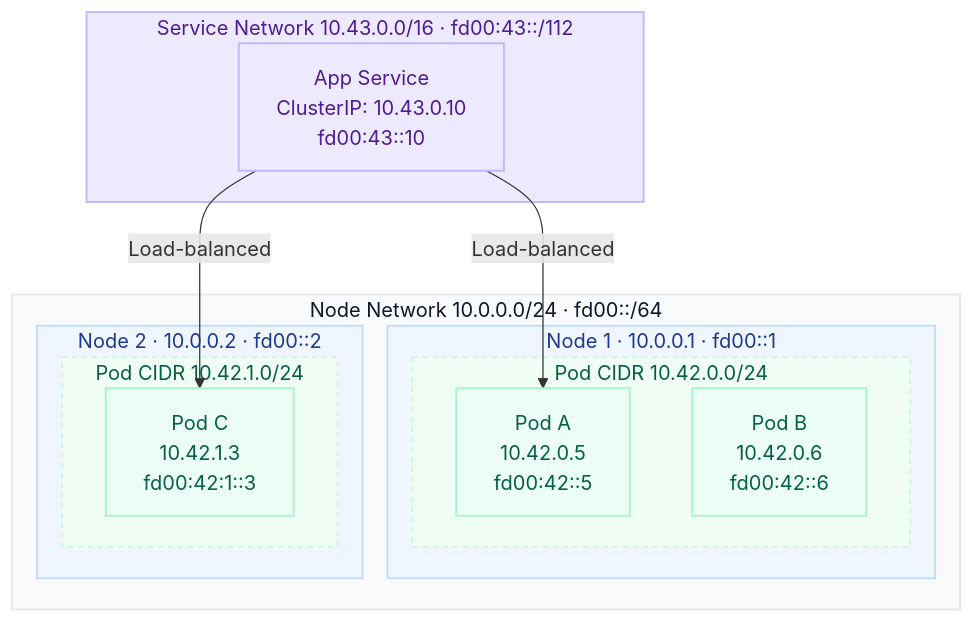
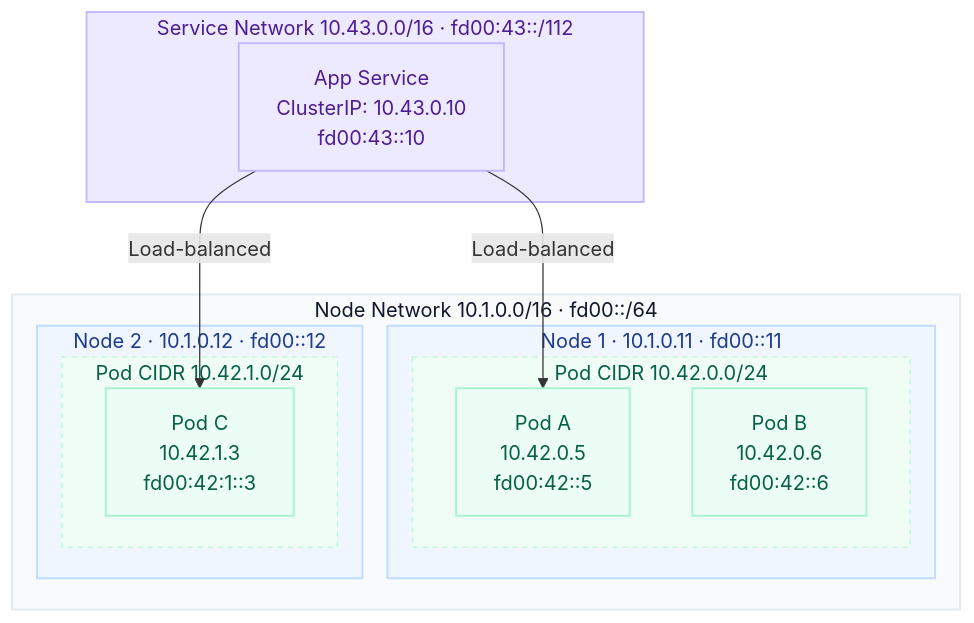
One commit to philprime/philprime.dev changed the first of 2 diagrams in guides/migrating-k3s-to-rke2-without-downtime/lesson-3.md. Above: the diagram before and after it, drawn with Mermaid. The commit also changed other lines of this file and 9 other files, not shown here.

````diff
--- a/guides/migrating-k3s-to-rke2-without-downtime/lesson-3.md
+++ b/guides/migrating-k3s-to-rke2-without-downtime/lesson-3.md
@@ -50,51 +50,51 @@
 ```mermaid!
 flowchart TB
     %% =========================
     %% Service Network Layer
     %% =========================
     subgraph SVC["Service Network 10.43.0.0/16 · fd00:43::/112"]
         S1["App Service<br/>ClusterIP: 10.43.0.10<br/>fd00:43::10"]
     end
 
     %% =========================
     %% Node Network Layer
     %% =========================
-    subgraph NODE["Node Network 10.0.0.0/24 · fd00::/64"]
+    subgraph NODE["Node Network 10.1.0.0/16 · fd00::/64"]
 
-        subgraph N1["Node 1 · 10.0.0.1 · fd00::1"]
+        subgraph N1["Node 1 · 10.1.0.11 · fd00::11"]
             subgraph POD1["Pod CIDR 10.42.0.0/24"]
                 P1["Pod A<br/>10.42.0.5<br/>fd00:42::5"]
                 P2["Pod B<br/>10.42.0.6<br/>fd00:42::6"]
             end
         end
 
-        subgraph N2["Node 2 · 10.0.0.2 · fd00::2"]
+        subgraph N2["Node 2 · 10.1.0.12 · fd00::12"]
             subgraph POD2["Pod CIDR 10.42.1.0/24"]
                 P3["Pod C<br/>10.42.1.3<br/>fd00:42:1::3"]
             end
         end
 
     end
 
     %% =========================
     %% Traffic Flow
     %% =========================
     S1 -->|Load-balanced| P1
     S1 -->|Load-balanced| P3
 
     %% =========================
     %% Styling (softer, modern palette)
     %% =========================
     classDef service fill:#ede9fe,color:#4c1d95,stroke:#c4b5fd,stroke-width:1.5px
     classDef node fill:#eff6ff,color:#1e3a8a,stroke:#bfdbfe,stroke-width:1.5px
     classDef pod fill:#ecfdf5,color:#065f46,stroke:#a7f3d0,stroke-width:1.5px
     classDef podnet fill:#f0fdf4,color:#065f46,stroke:#bbf7d0,stroke-dasharray: 4 4
     classDef network fill:#f8fafc,color:#0f172a,stroke:#e2e8f0,stroke-width:1.5px
 
     class SVC service
     class S1 service
     class NODE network
     class N1,N2 node
     class P1,P2,P3 pod
     class POD1,POD2 podnet
 ```
````
